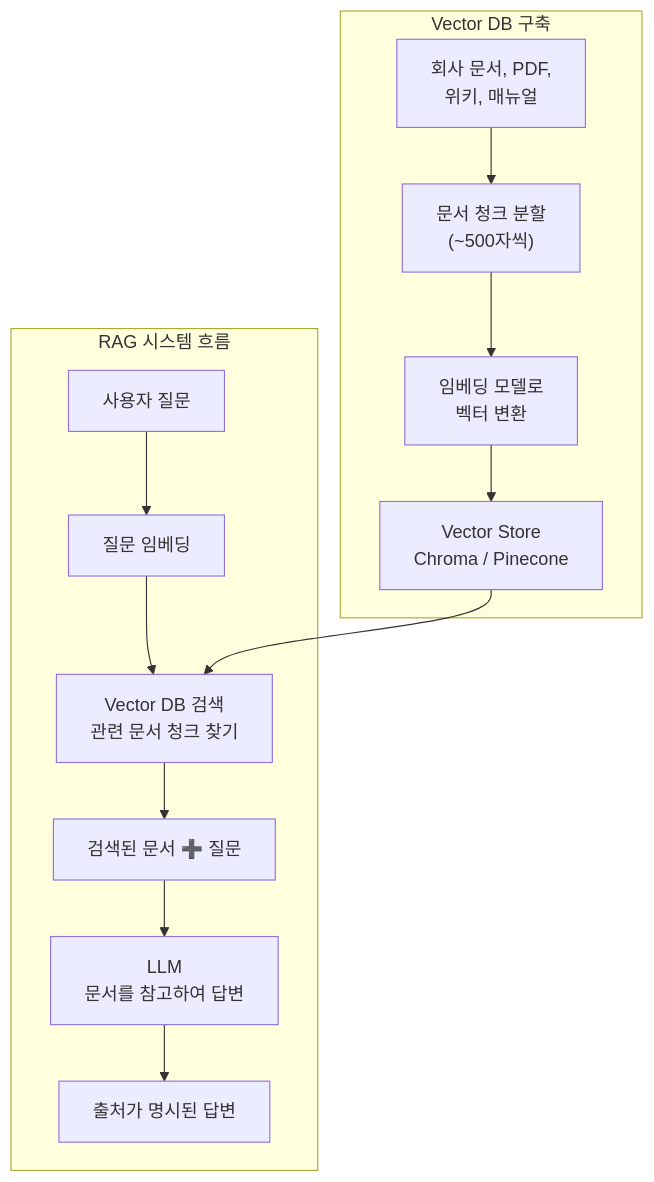
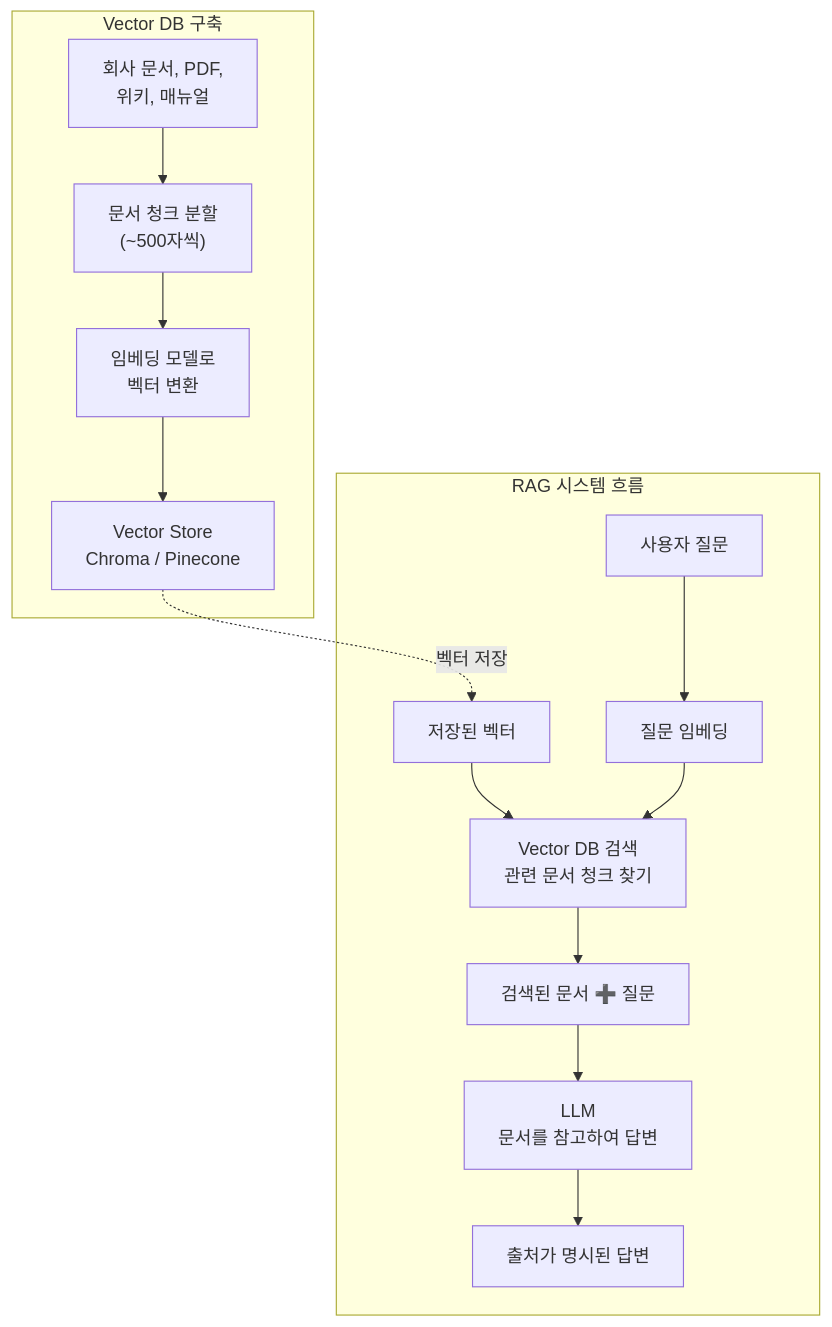
The fifth of 16 diagrams in ai-programming/03_딥러닝/04_생성형_AI.md (jingu279/Document), drawn with Mermaid before and after one commit. The commit also changed other lines of this file and 9 other files, not shown here.

Commit message:
Fix all broken Mermaid diagrams across AI book (cross-subgraph connections, reserved keywords, duplicate nodes)

````diff
--- a/ai-programming/03_딥러닝/04_생성형_AI.md
+++ b/ai-programming/03_딥러닝/04_생성형_AI.md
@@ -150,18 +270,19 @@
 ```mermaid
 flowchart TB
-  subgraph RAG_Flow[RAG 시스템 흐름]
-    Question["사용자 질문"] --> Embed_Q["질문 임베딩"]
-    Embed_Q --> Search_DB["Vector DB 검색<br/>관련 문서 청크 찾기"]
-    Search_DB --> Context_F["검색된 문서 ➕ 질문"]
-    Context_F --> LLM_RAG["LLM<br/>문서를 참고하여 답변"]
-    LLM_RAG --> Answer_RAG["출처가 명시된 답변"]
-  end
-
   subgraph Build_DB[Vector DB 구축]
     Docs_RAG["회사 문서, PDF,<br/>위키, 매뉴얼"] --> Chunk_RAG["문서 청크 분할<br/>(~500자씩)"]
     Chunk_RAG --> Embed_RAG["임베딩 모델로<br/>벡터 변환"]
     Embed_RAG --> Store_RAG["Vector Store<br/>Chroma / Pinecone"]
   end
 
-  Store_RAG --> Search_DB
+  subgraph RAG_Flow[RAG 시스템 흐름]
+    Question["사용자 질문"] --> Embed_Q["질문 임베딩"]
+    Embed_RAG2["저장된 벡터"] --> Search_DB_Q["Vector DB 검색<br/>관련 문서 청크 찾기"]
+    Embed_Q --> Search_DB_Q
+    Search_DB_Q --> Context_F["검색된 문서 ➕ 질문"]
+    Context_F --> LLM_RAG["LLM<br/>문서를 참고하여 답변"]
+    LLM_RAG --> Answer_RAG["출처가 명시된 답변"]
+  end
+
+  Store_RAG -.->|벡터 저장| Embed_RAG2
 ```
````
